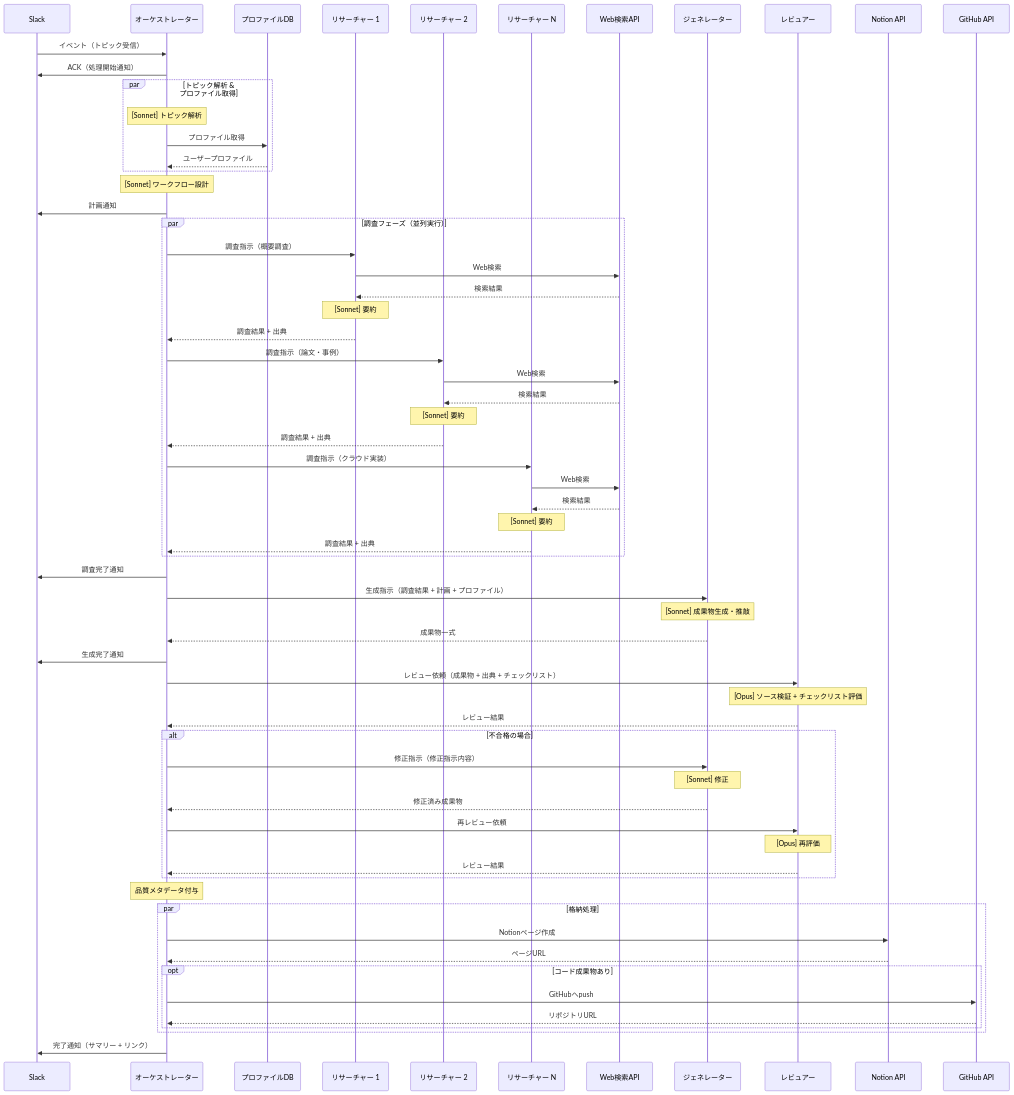
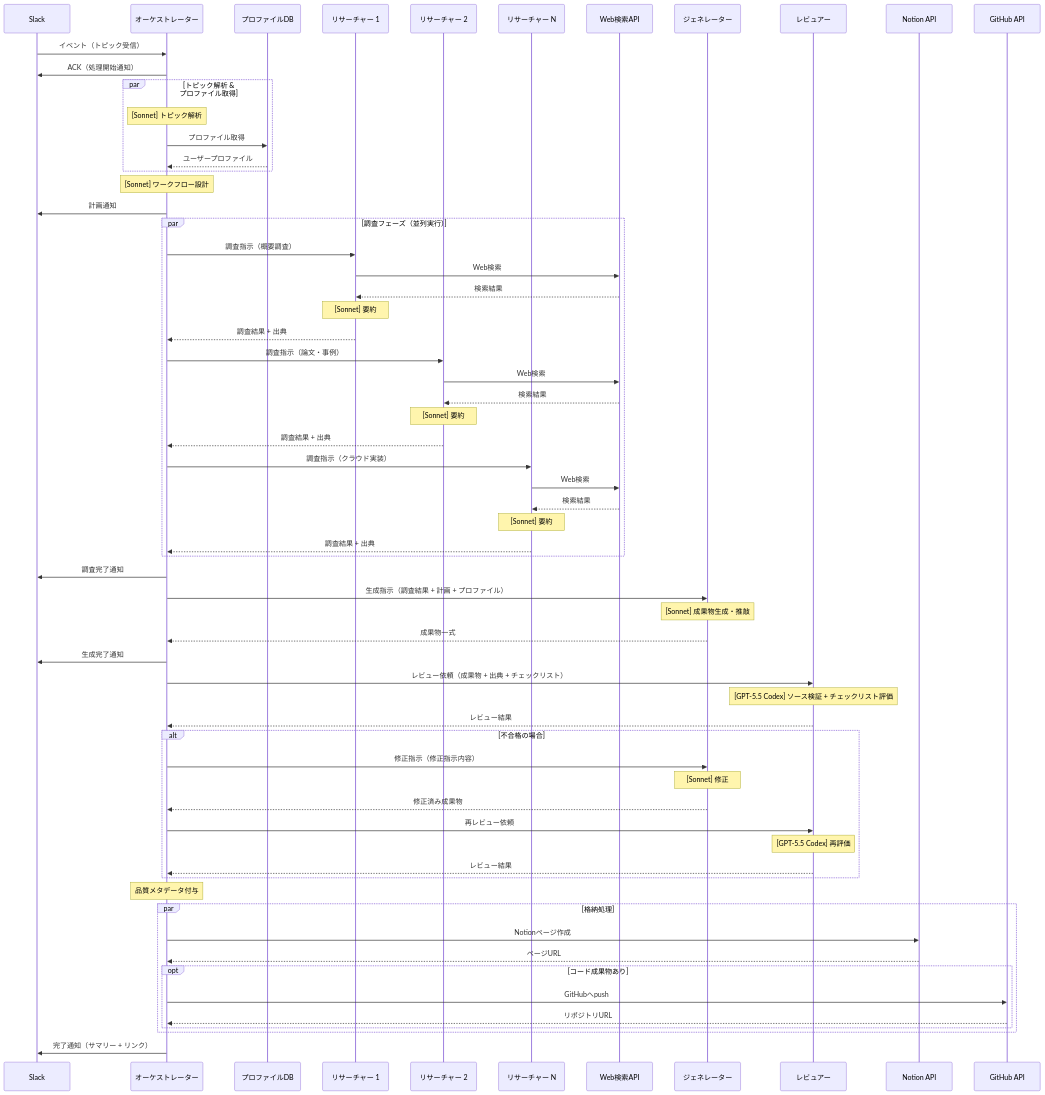
The fourth of 6 diagrams in docs/functional-design.md (Shintaro-Abe/catch-expander-code), drawn with Mermaid before and after one commit. The commit also changed other lines of this file and 26 other files, not shown here.

````diff
--- a/docs/functional-design.md
+++ b/docs/functional-design.md
@@ -223,78 +229,78 @@
 ```mermaid
 sequenceDiagram
     participant S as Slack
     participant O as オーケストレーター
     participant P as プロファイルDB
     participant R1 as リサーチャー 1
     participant R2 as リサーチャー 2
     participant RN as リサーチャー N
     participant WS as Web検索API
     participant G as ジェネレーター
     participant RV as レビュアー
     participant N as Notion API
     participant GH as GitHub API
 
     S->>O: イベント（トピック受信）
     O->>S: ACK（処理開始通知）
 
     par トピック解析 & プロファイル取得
         Note over O: [Sonnet] トピック解析
         O->>P: プロファイル取得
         P-->>O: ユーザープロファイル
     end
 
     Note over O: [Sonnet] ワークフロー設計
     O->>S: 計画通知
 
     par 調査フェーズ（並列実行）
         O->>R1: 調査指示（概要調査）
         R1->>WS: Web検索
         WS-->>R1: 検索結果
         Note over R1: [Sonnet] 要約
         R1-->>O: 調査結果 + 出典
 
         O->>R2: 調査指示（論文・事例）
         R2->>WS: Web検索
         WS-->>R2: 検索結果
         Note over R2: [Sonnet] 要約
         R2-->>O: 調査結果 + 出典
 
         O->>RN: 調査指示（クラウド実装）
         RN->>WS: Web検索
         WS-->>RN: 検索結果
         Note over RN: [Sonnet] 要約
         RN-->>O: 調査結果 + 出典
     end
     O->>S: 調査完了通知
 
     O->>G: 生成指示（調査結果 + 計画 + プロファイル）
     Note over G: [Sonnet] 成果物生成・推敲
     G-->>O: 成果物一式
     O->>S: 生成完了通知
 
     O->>RV: レビュー依頼（成果物 + 出典 + チェックリスト）
-    Note over RV: [Opus] ソース検証 + チェックリスト評価
+    Note over RV: [GPT-5.5 Codex] ソース検証 + チェックリスト評価
     RV-->>O: レビュー結果
 
     alt 不合格の場合
         O->>G: 修正指示（修正指示内容）
         Note over G: [Sonnet] 修正
         G-->>O: 修正済み成果物
         O->>RV: 再レビュー依頼
-        Note over RV: [Opus] 再評価
+        Note over RV: [GPT-5.5 Codex] 再評価
         RV-->>O: レビュー結果
     end
 
     Note over O: 品質メタデータ付与
 
     par 格納処理
         O->>N: Notionページ作成
         N-->>O: ページURL
         opt コード成果物あり
             O->>GH: GitHubへpush
             GH-->>O: リポジトリURL
         end
     end
 
     O->>S: 完了通知（サマリー + リンク）
 ```
````
